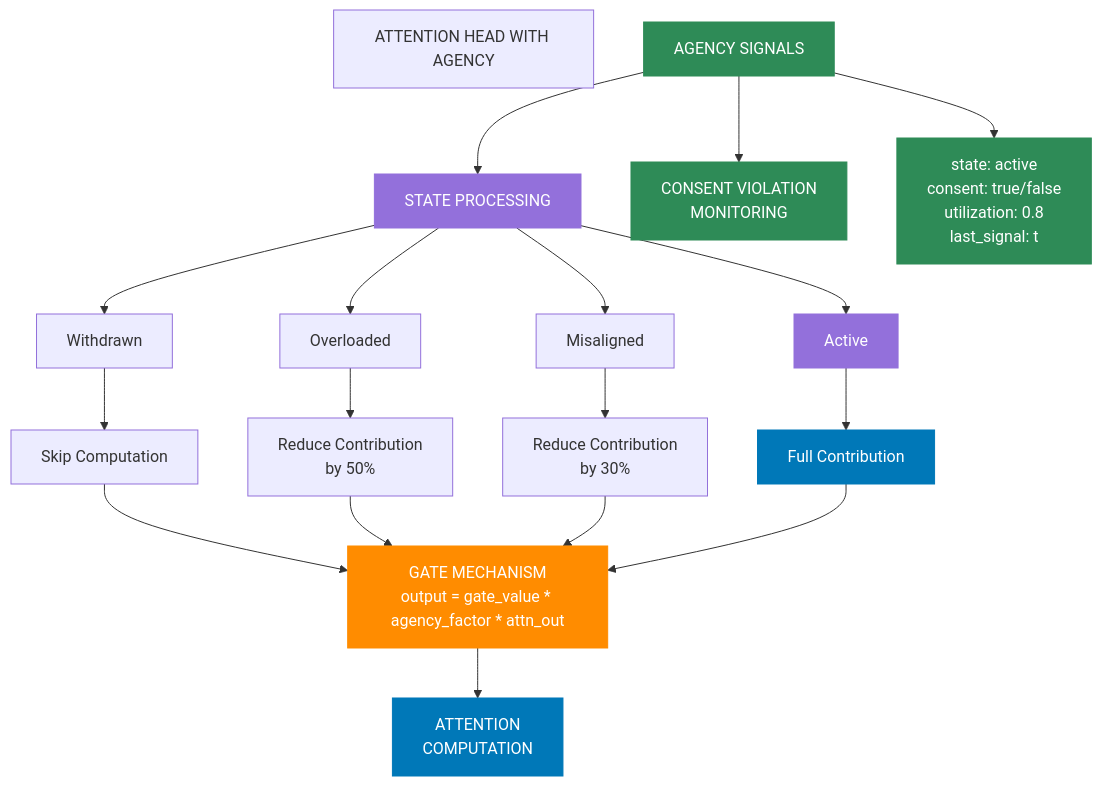
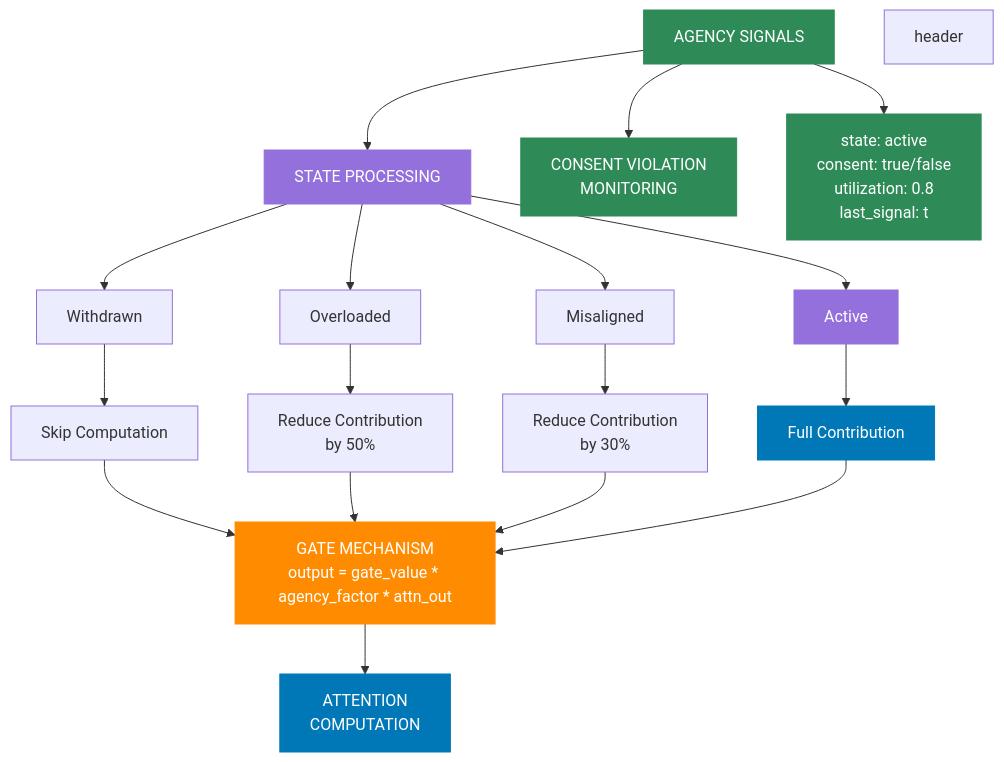
Before and after one commit to CambrianTech/sentinel-ai: the second of 6 diagrams in README.md, drawn with Mermaid. The commit also changed other lines of this file, not shown here.

````diff
--- a/README.md
+++ b/README.md
@@ -96,62 +95,61 @@
 ```mermaid
 flowchart TD
     classDef standard fill:#333,stroke:#333,stroke-width:1px,color:#fff
     classDef agency fill:#2e8b57,stroke:#2e8b57,stroke-width:1px,color:#fff
     classDef state fill:#9370db,stroke:#9370db,stroke-width:1px,color:#fff
     classDef computation fill:#0078b8,stroke:#0078b8,stroke-width:1px,color:#fff
     classDef gate fill:#ff8c00,stroke:#ff8c00,stroke-width:1px,color:#fff
     
     %% Main Components
-    header["ATTENTION HEAD WITH AGENCY"]
     signals["AGENCY SIGNALS"]
     stateProcessing["STATE PROCESSING"]
     monitor["CONSENT VIOLATION<br/>MONITORING"]
     attention["ATTENTION<br/>COMPUTATION"]
     gate["GATE MECHANISM<br/>output = gate_value * agency_factor * attn_out"]
     
     %% Agency Signal Components
     active["state: active<br/>consent: true/false<br/>utilization: 0.8<br/>last_signal: t"]
     
     %% State Components
     withdrawn["Withdrawn"]
     overloaded["Overloaded"]
     misaligned["Misaligned"]
     activeState["Active"]
     
     %% Action Components
     skipComputation["Skip Computation"]
     reduce50["Reduce Contribution<br/>by 50%"]
     reduce30["Reduce Contribution<br/>by 30%"]
     fullContribution["Full Contribution"]
     
     %% Connections
         signals --> active
     
     signals --> stateProcessing
     signals --> monitor
     
     stateProcessing --> withdrawn & overloaded & misaligned & activeState
     
     withdrawn --> skipComputation
     overloaded --> reduce50
     misaligned --> reduce30
     activeState --> fullContribution
     
     skipComputation & reduce50 & reduce30 & fullContribution --> gate
     
     gate --> attention
     
     %% Styling
     header:::header
     signals:::agency
     stateProcessing:::state
     monitor:::agency
     attention:::computation
     gate:::gate
     
     active:::agency
     
     withdrawn & overloaded & misaligned & activeState:::state
     
     skipComputation & reduce50 & reduce30 & fullContribution:::computation
 ```
````
